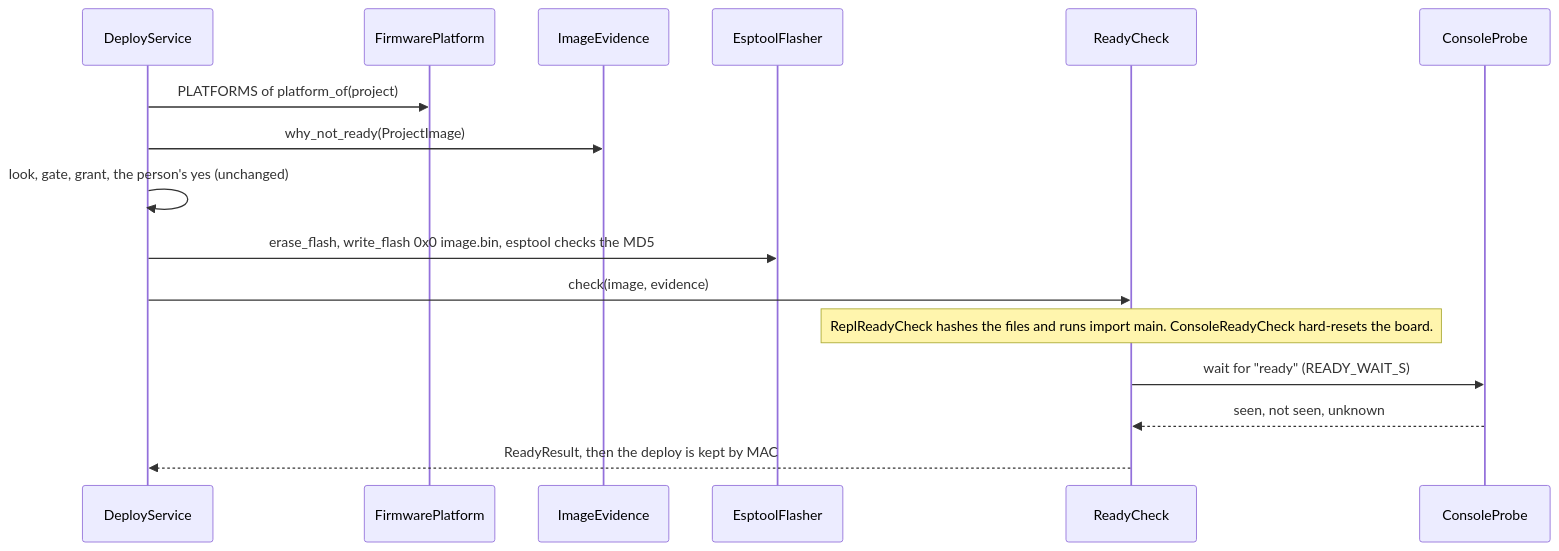
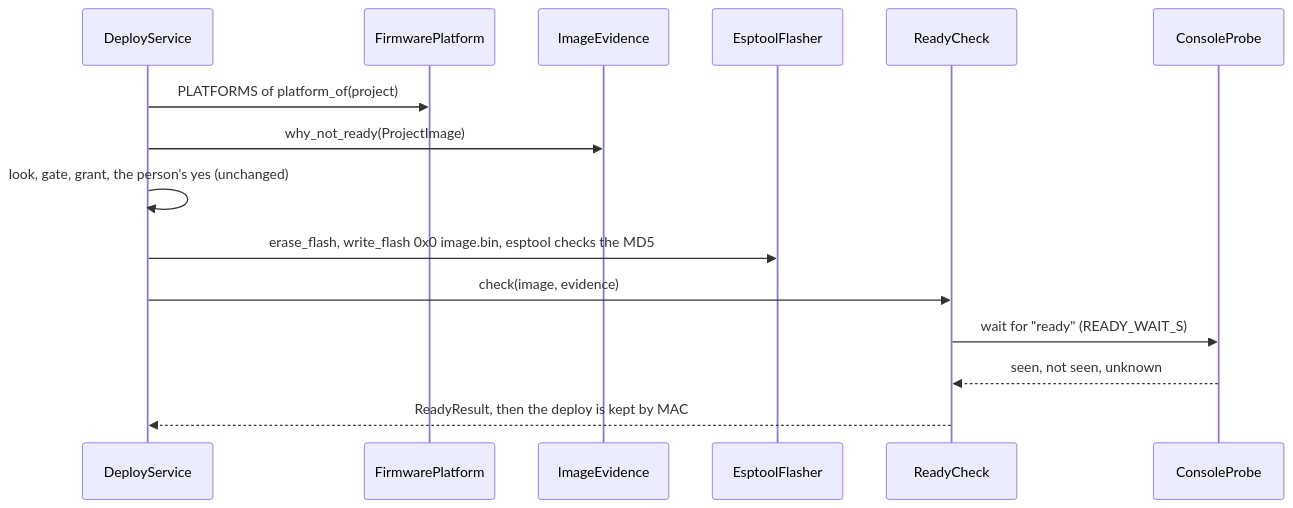
One commit to xmejkal/spark changed the second of 2 diagrams in docs/discovery/2026-10-20-p221-arduino/plan.md. Above: the diagram before and after it, drawn with Mermaid. The commit also changed other lines of this file and 1 other file, not shown here.

````diff
--- a/docs/discovery/2026-10-20-p221-arduino/plan.md
+++ b/docs/discovery/2026-10-20-p221-arduino/plan.md
@@ -79,12 +80,11 @@
 ```mermaid
 sequenceDiagram
   DeployService->>FirmwarePlatform: PLATFORMS of platform_of(project)
   DeployService->>ImageEvidence: why_not_ready(ProjectImage)
   DeployService->>DeployService: look, gate, grant, the person's yes (unchanged)
   DeployService->>EsptoolFlasher: erase_flash, write_flash 0x0 image.bin, esptool checks the MD5
   DeployService->>ReadyCheck: check(image, evidence)
-  Note over ReadyCheck: ReplReadyCheck hashes the files and runs import main. ConsoleReadyCheck hard-resets the board.
   ReadyCheck->>ConsoleProbe: wait for "ready" (READY_WAIT_S)
   ConsoleProbe-->>ReadyCheck: seen, not seen, unknown
   ReadyCheck-->>DeployService: ReadyResult, then the deploy is kept by MAC
 ```
````
